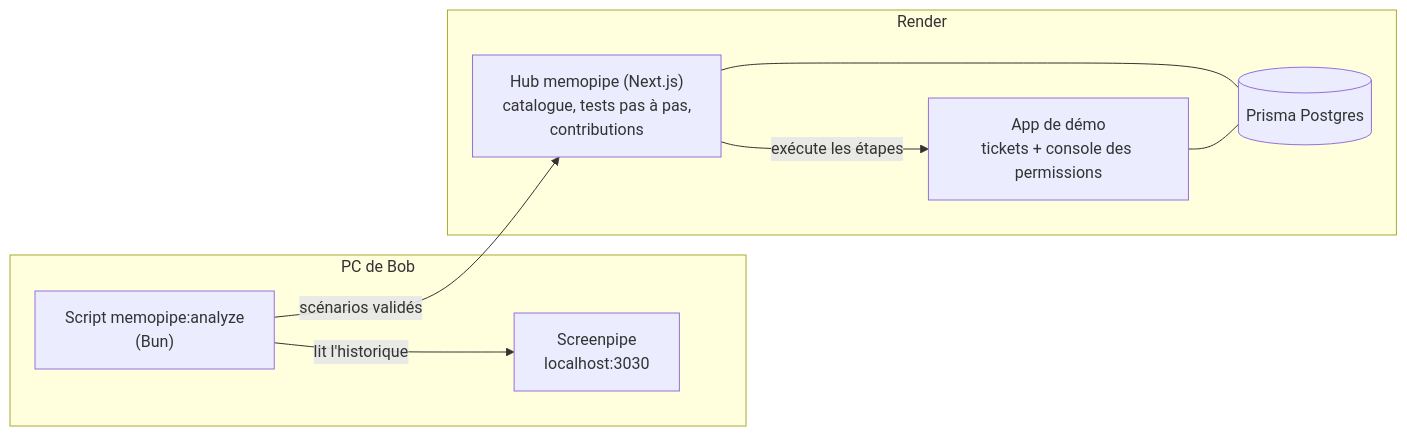
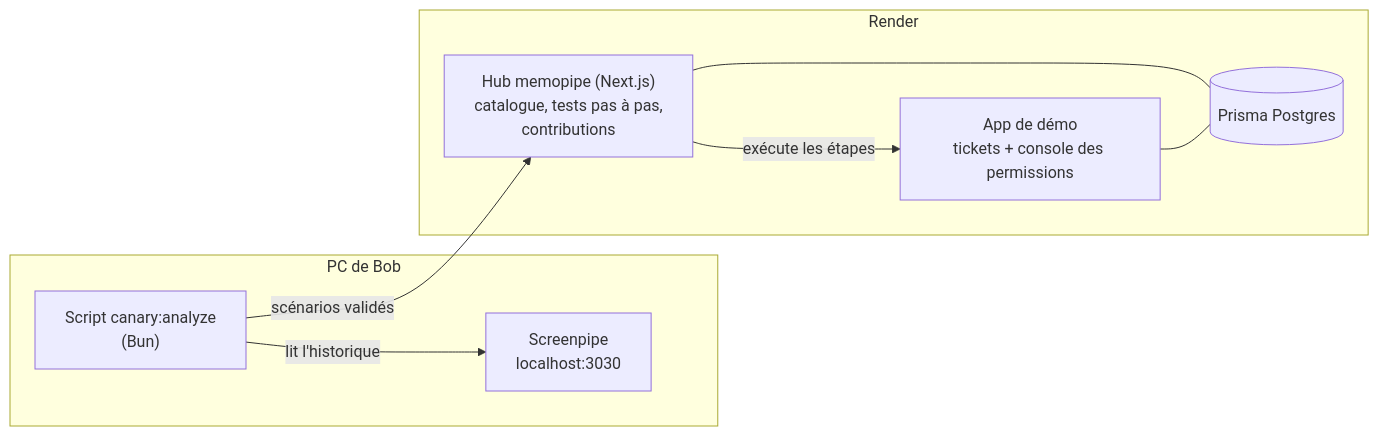
One commit to YC27-memopipe/memopipe-serv changed the diagram in ARCHITECTURE.md. Above: the diagram before and after it, drawn with Mermaid. The commit also changed other lines of this file and 31 other files, not shown here.

````diff
--- a/ARCHITECTURE.md
+++ b/ARCHITECTURE.md
@@ -33,17 +33,17 @@
 ```mermaid
 flowchart LR
     subgraph PC["PC de Bob"]
         SP["Screenpipe<br/>localhost:3030"]
-        SC["Script memopipe:analyze<br/>(Bun)"]
+        SC["Script canary:analyze<br/>(Bun)"]
         SC -->|"lit l'historique"| SP
     end
     subgraph V["Render"]
         HUB["Hub memopipe (Next.js)<br/>catalogue, tests pas à pas,<br/>contributions"]
         DEMO["App de démo<br/>tickets + console des permissions"]
         DB[("Prisma Postgres")]
         HUB --- DB
         DEMO --- DB
     end
     SC -->|"scénarios validés"| HUB
     HUB -->|"exécute les étapes"| DEMO
 ```
````
